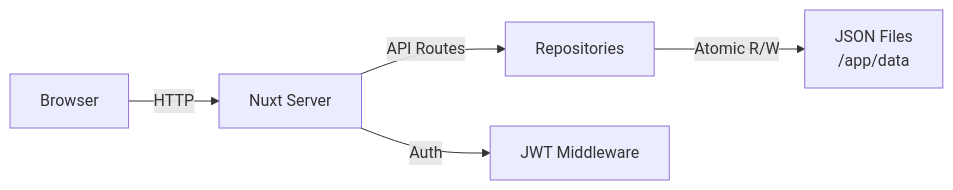
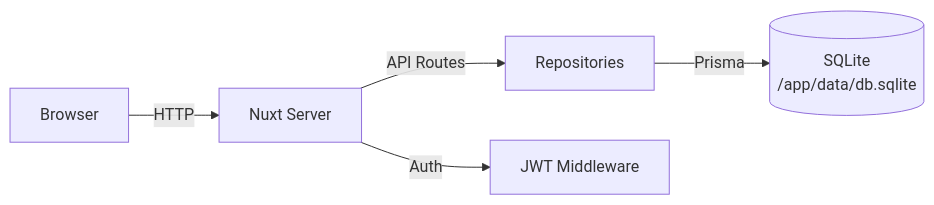
The diagram in docs/de/guide/user-guide.md (slgfire/ezswm), drawn with Mermaid before and after one commit. The commit also changed other lines of this file and 9 other files, not shown here.

````diff
--- a/docs/de/guide/user-guide.md
+++ b/docs/de/guide/user-guide.md
@@ -560,7 +568,7 @@
 ```mermaid
 flowchart LR
     Browser -->|HTTP| Nuxt[Nuxt Server]
     Nuxt -->|API Routes| Repos[Repositories]
-    Repos -->|Atomic R/W| JSON[JSON Files\n/app/data]
+    Repos -->|Prisma| SQLite[(SQLite\n/app/data/db.sqlite)]
     Nuxt -->|Auth| JWT[JWT Middleware]
 ```
````
